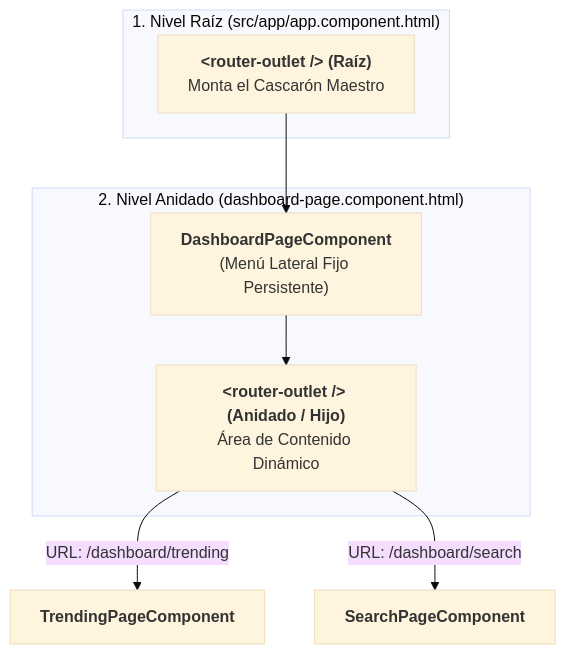
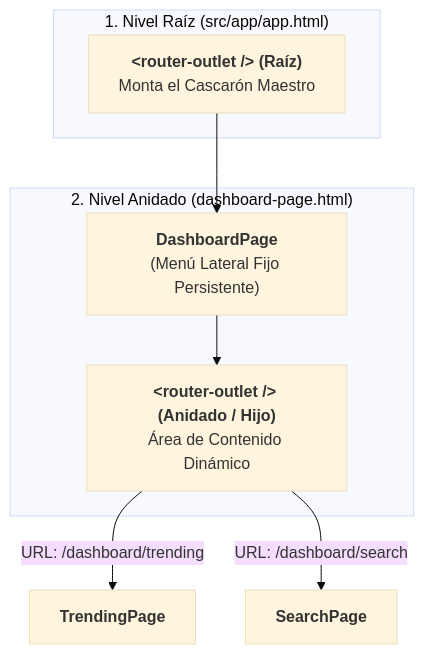
The fourth of 7 diagrams in docs/06-gifs-componentes.md (Jose-Quesada/materiales_angular), drawn with Mermaid (base theme) before and after one commit. The commit also changed other lines of this file and 37 other files, not shown here.

````diff
--- a/docs/06-gifs-componentes.md
+++ b/docs/06-gifs-componentes.md
@@ -355,15 +498,15 @@
 ``` mermaid
 flowchart TD
-    subgraph RootLevel ["1. Nivel Raíz (src/app/app.component.html)"]
+    subgraph RootLevel ["1. Nivel Raíz (src/app/app.html)"]
         RootOutlet["<b>&lt;router-outlet /&gt; (Raíz)</b><br/>Monta el Cascarón Maestro"]
     end
 
-    RootOutlet --> Dashboard["<b>DashboardPageComponent</b><br/>(Menú Lateral Fijo Persistente)"]
+    RootOutlet --> Dashboard["<b>DashboardPage</b><br/>(Menú Lateral Fijo Persistente)"]
 
-    subgraph NestedLevel ["2. Nivel Anidado (dashboard-page.component.html)"]
+    subgraph NestedLevel ["2. Nivel Anidado (dashboard-page.html)"]
         Dashboard --> ChildOutlet["<b>&lt;router-outlet /&gt; (Anidado / Hijo)</b><br/>Área de Contenido Dinámico"]
     end
 
-    ChildOutlet -->|"URL: /dashboard/trending"| Trending["<b>TrendingPageComponent</b>"]
-    ChildOutlet -->|"URL: /dashboard/search"| Search["<b>SearchPageComponent</b>"]
+    ChildOutlet -->|"URL: /dashboard/trending"| Trending["<b>TrendingPage</b>"]
+    ChildOutlet -->|"URL: /dashboard/search"| Search["<b>SearchPage</b>"]
 ```
````
